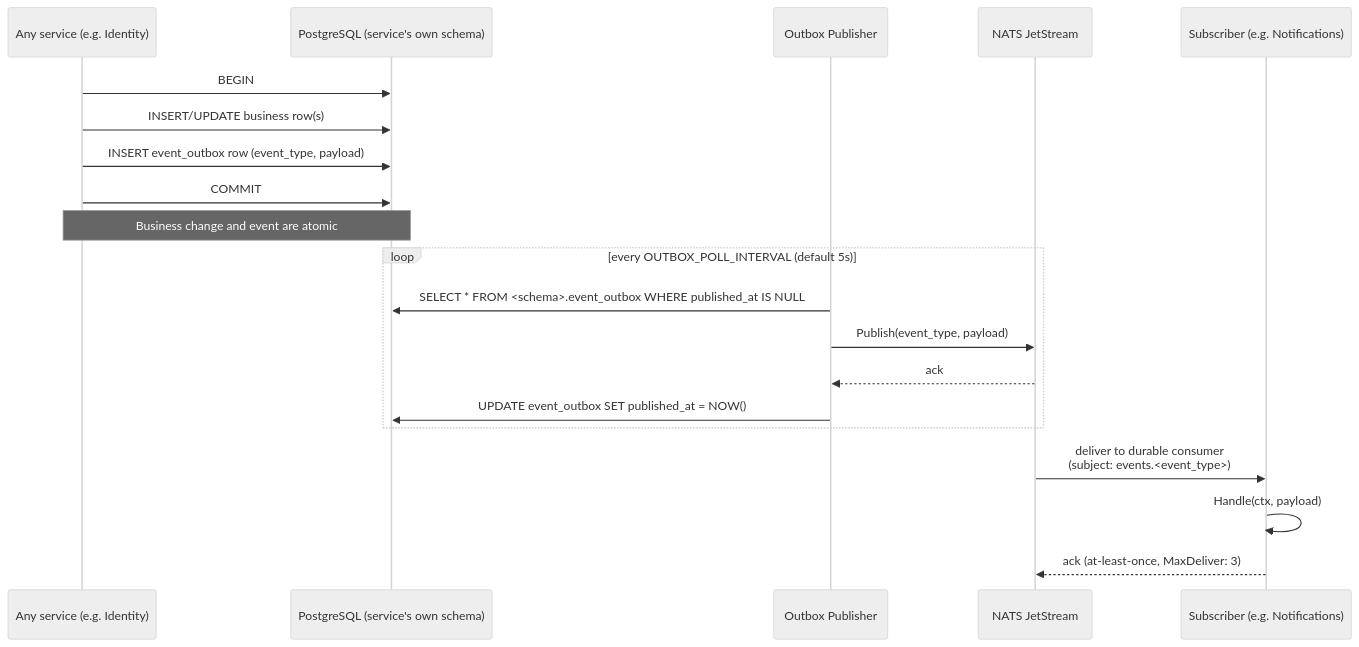
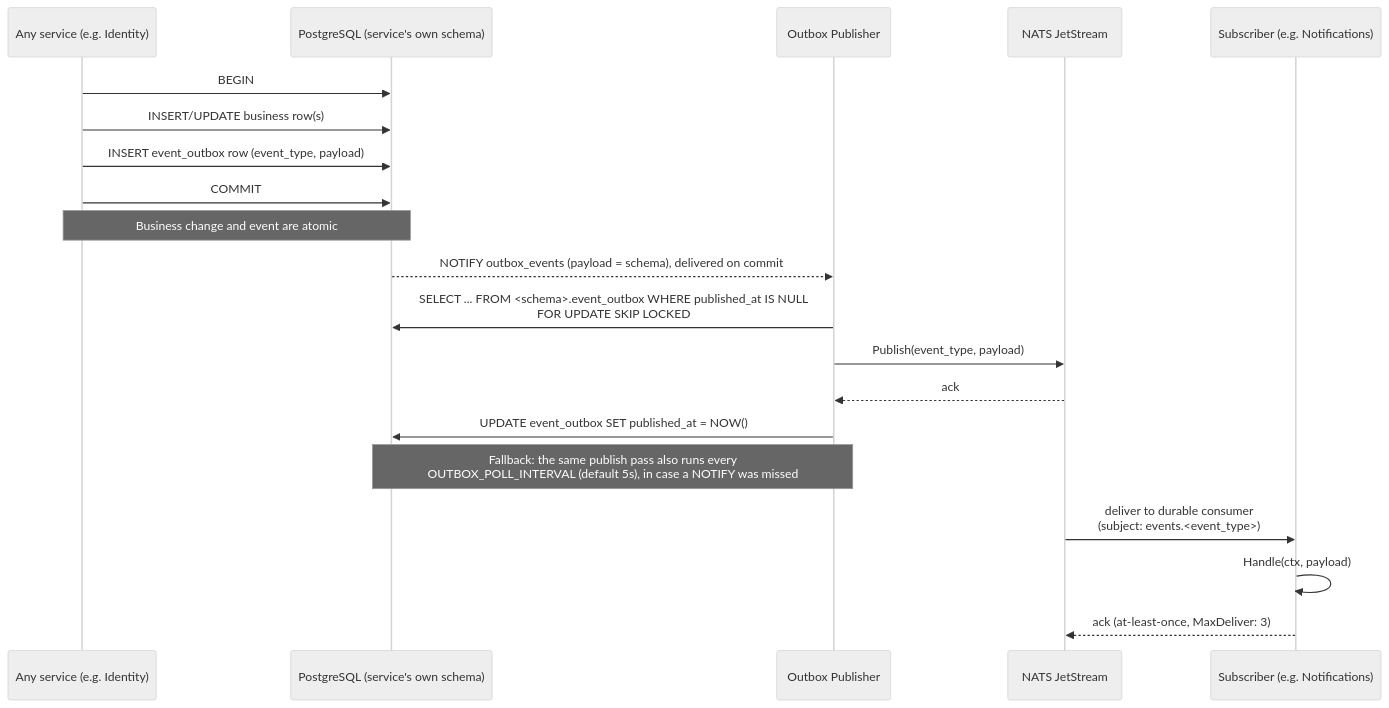
One commit to rasparac/rekreativko-api changed the fourth of 4 diagrams in README.md. Above: the diagram before and after it, drawn with Mermaid (neutral theme). The commit also changed other lines of this file and 16 other files, not shown here.

First line of the commit message:
feat(outbox): publish on Postgres NOTIFY instead of waiting for the 5s poll

````diff
--- a/README.md
+++ b/README.md
@@ -182,25 +182,26 @@
 ```mermaid
 sequenceDiagram
     participant SVC as Any service (e.g. Identity)
     participant DB as PostgreSQL (service's own schema)
     participant OP as Outbox Publisher
     participant NATS as NATS JetStream
     participant SUB as Subscriber (e.g. Notifications)
 
     SVC->>DB: BEGIN
     SVC->>DB: INSERT/UPDATE business row(s)
     SVC->>DB: INSERT event_outbox row (event_type, payload)
     SVC->>DB: COMMIT
     Note over SVC,DB: Business change and event are atomic
+    DB-->>OP: NOTIFY outbox_events (payload = schema), delivered on commit
 
-    loop every OUTBOX_POLL_INTERVAL (default 5s)
-        OP->>DB: SELECT * FROM <schema>.event_outbox WHERE published_at IS NULL
-        OP->>NATS: Publish(event_type, payload)
-        NATS-->>OP: ack
-        OP->>DB: UPDATE event_outbox SET published_at = NOW()
-    end
+    OP->>DB: SELECT ... FROM <schema>.event_outbox WHERE published_at IS NULL<br/>FOR UPDATE SKIP LOCKED
+    OP->>NATS: Publish(event_type, payload)
+    NATS-->>OP: ack
+    OP->>DB: UPDATE event_outbox SET published_at = NOW()
+
+    Note over OP,DB: Fallback: the same publish pass also runs every<br/>OUTBOX_POLL_INTERVAL (default 5s), in case a NOTIFY was missed
 
     NATS->>SUB: deliver to durable consumer<br/>(subject: events.<event_type>)
     SUB->>SUB: Handle(ctx, payload)
     SUB-->>NATS: ack (at-least-once, MaxDeliver: 3)
 ```
````
